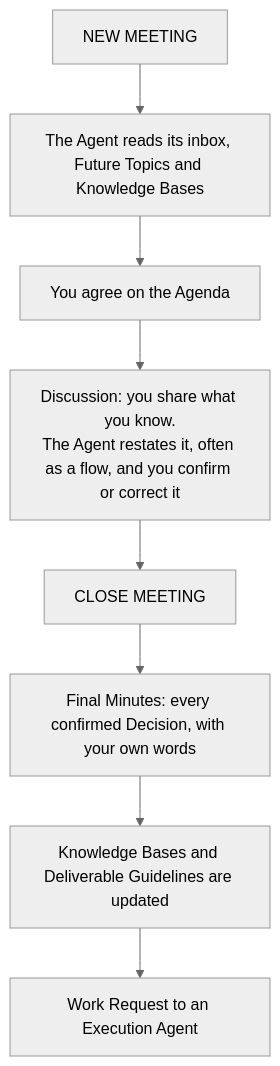
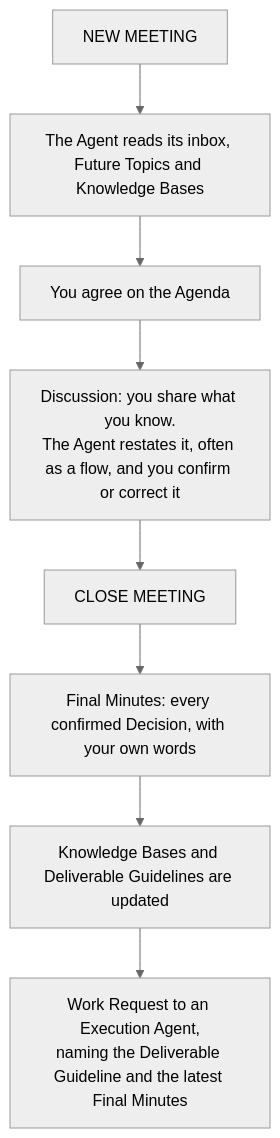
Before and after one commit to bonchiang96/AI-with-ME: the second of 3 diagrams in README.md, drawn with Mermaid (neutral theme). The commit also changed other lines of this file, not shown here.

First line of the commit message:
README: Execution sources are the Deliverable Guideline, Knowledge Bases and latest Final Minutes

````diff
--- a/README.md
+++ b/README.md
@@ -38,10 +38,10 @@
 ```mermaid
 flowchart TD
     A["NEW MEETING"] --> B["The Agent reads its inbox, Future Topics and Knowledge Bases"]
     B --> C["You agree on the Agenda"]
     C --> D["Discussion: you share what you know.<br/>The Agent restates it, often as a flow, and you confirm or correct it"]
     D --> E["CLOSE MEETING"]
     E --> F["Final Minutes: every confirmed Decision, with your own words"]
     F --> G["Knowledge Bases and Deliverable Guidelines are updated"]
-    G --> H["Work Request to an Execution Agent"]
+    G --> H["Work Request to an Execution Agent,<br/>naming the Deliverable Guideline and the latest Final Minutes"]
 ```
````
